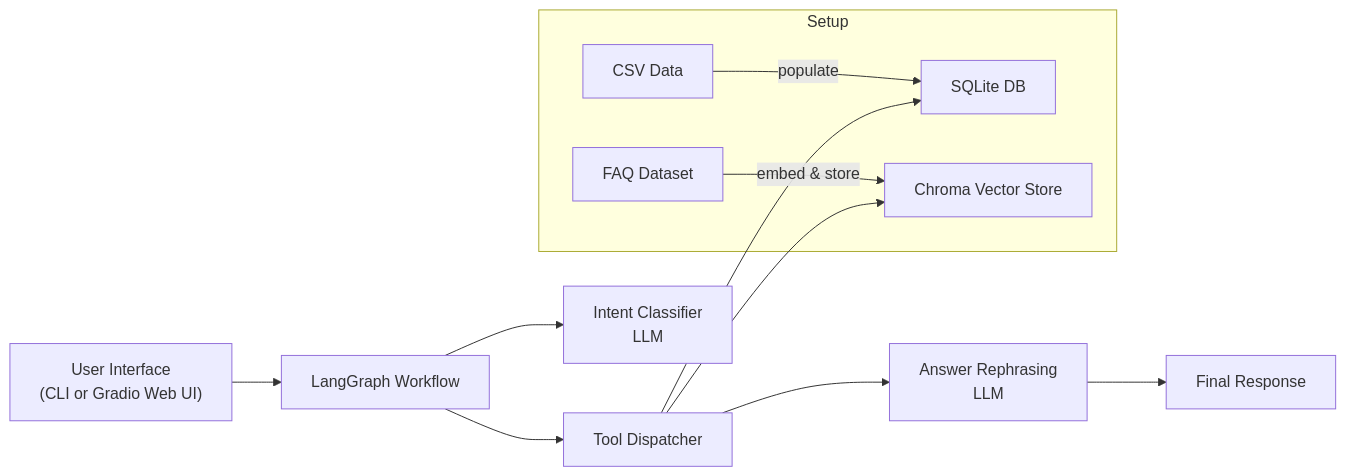
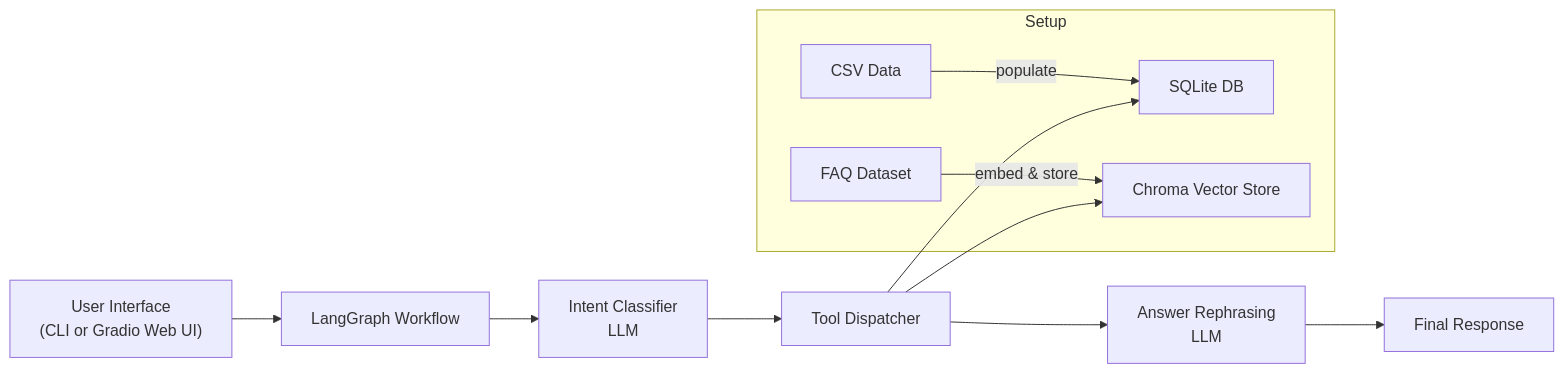
Before and after one commit to satyampurwar/ecommerce-ai-agent: the first of 2 diagrams in README.md, drawn with Mermaid.

Commit message:
docs: clarify intent to tool flow

````diff
--- a/README.md
+++ b/README.md
@@ -174,14 +174,14 @@
 ```mermaid
 graph LR
     subgraph Setup
         A[CSV Data] -->|populate| B[SQLite DB]
         C[FAQ Dataset] -->|embed & store| D[Chroma Vector Store]
     end
     E["User Interface<br/>(CLI or Gradio Web UI)"] --> F["LangGraph Workflow"]
     F --> G["Intent Classifier<br/>LLM"]
-    F --> H["Tool Dispatcher"]
+    G --> H["Tool Dispatcher"]
     H --> B
     H --> D
     H --> I["Answer Rephrasing<br/>LLM"]
     I --> J["Final Response"]
 ```
````
